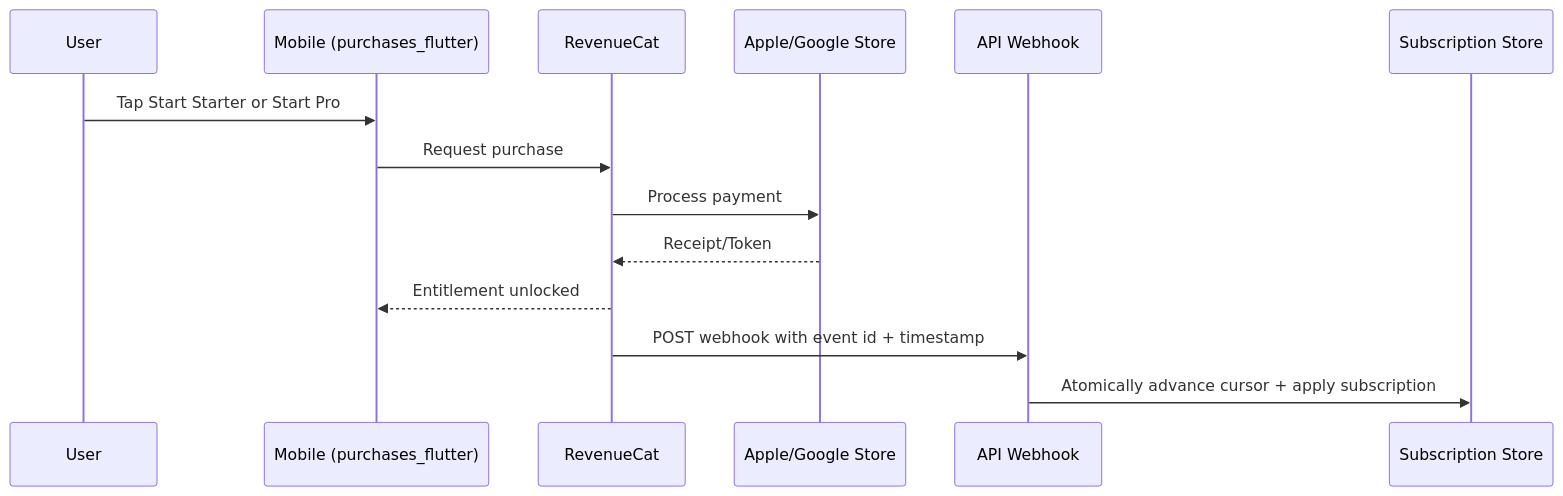
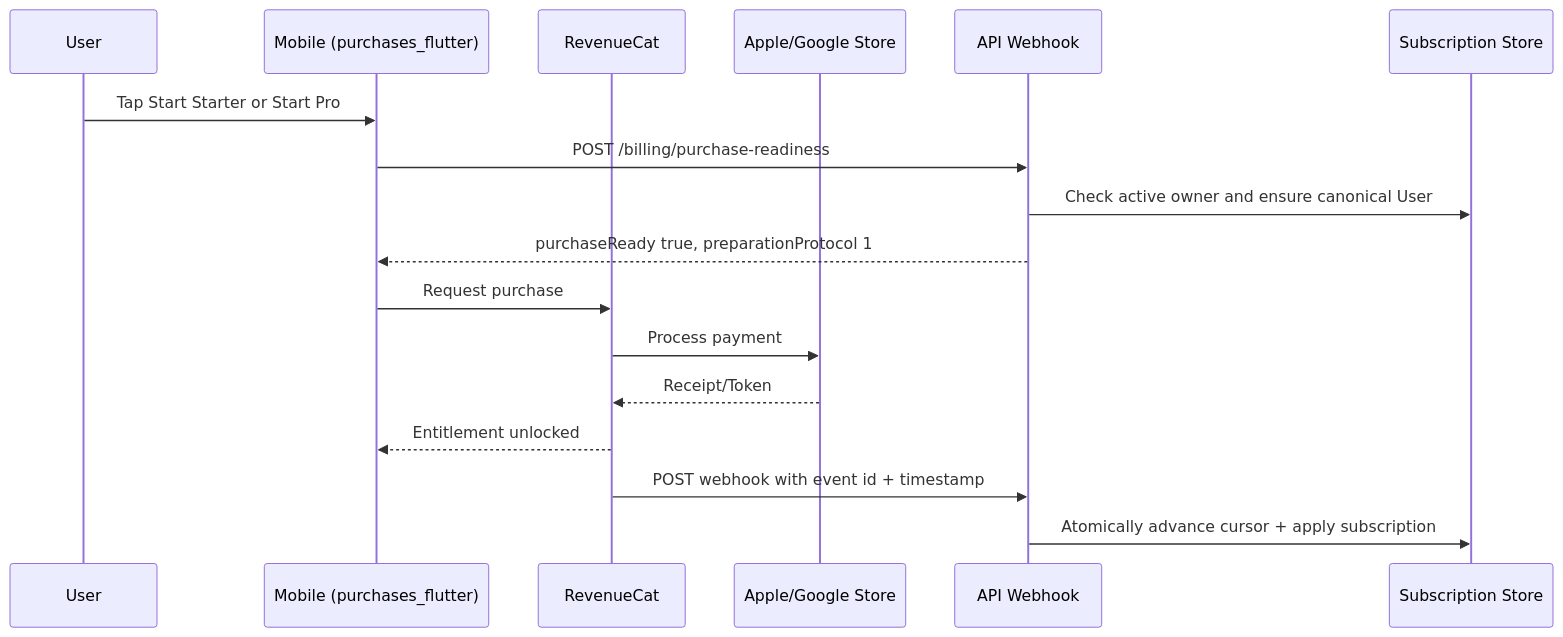
One commit to NOI56/PostDeeMobile changed the third of 8 diagrams in ARCHITECTURE.md. Above: the diagram before and after it, drawn with Mermaid. The commit also changed other lines of this file and 76 other files, not shown here.

````diff
--- a/ARCHITECTURE.md
+++ b/ARCHITECTURE.md
@@ -1230,17 +1245,20 @@
 ```mermaid
 sequenceDiagram
   participant U as User
   participant M as Mobile (purchases_flutter)
   participant RC as RevenueCat
   participant Store as Apple/Google Store
   participant A as API Webhook
   participant DB as Subscription Store
 
   U->>M: Tap Start Starter or Start Pro
+  M->>A: POST /billing/purchase-readiness
+  A->>DB: Check active owner and ensure canonical User
+  A-->>M: purchaseReady true, preparationProtocol 1
   M->>RC: Request purchase
   RC->>Store: Process payment
   Store-->>RC: Receipt/Token
   RC-->>M: Entitlement unlocked
   RC->>A: POST webhook with event id + timestamp
   A->>DB: Atomically advance cursor + apply subscription
 ```
````
